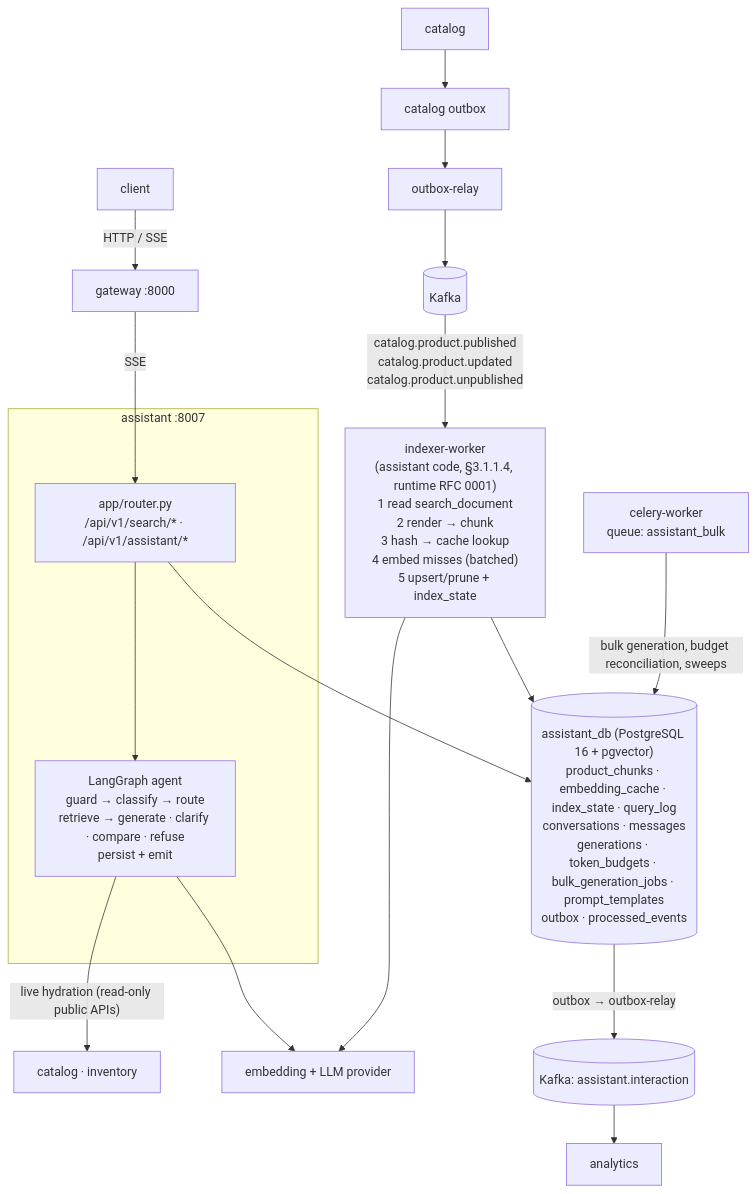
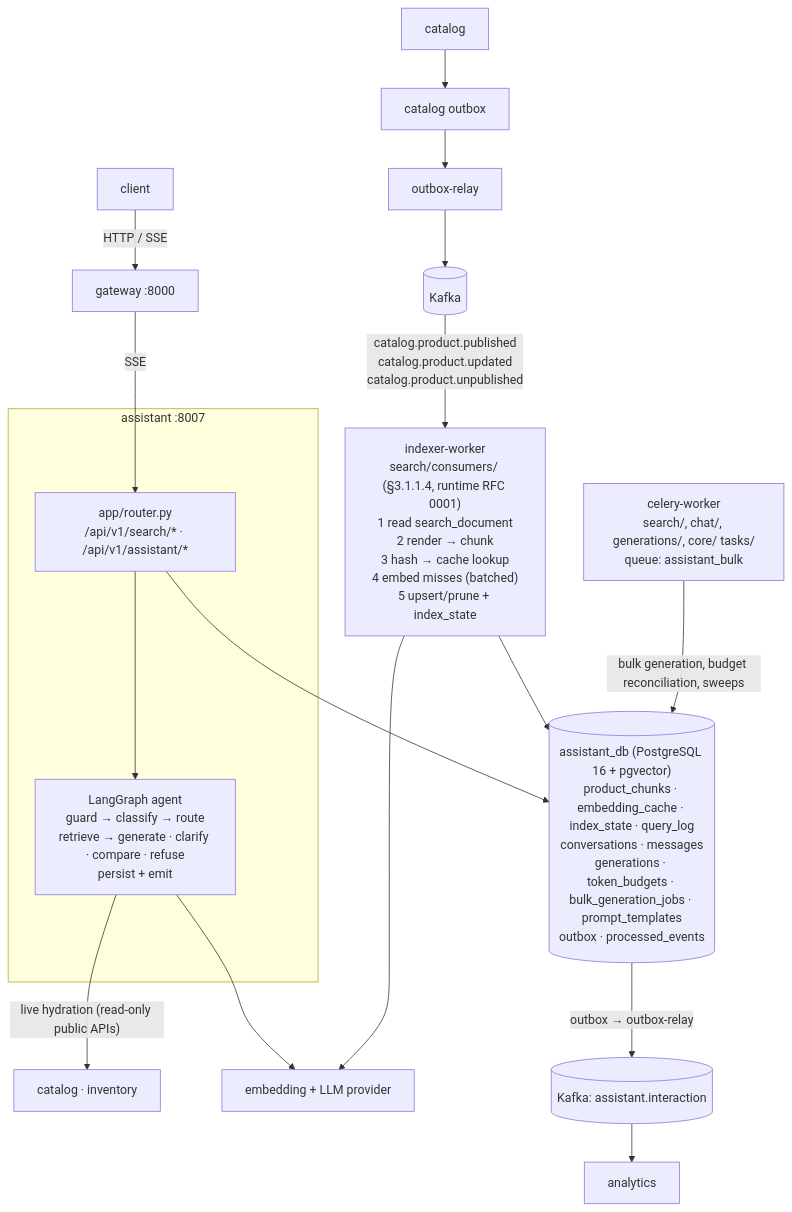
One commit to AdnanBloch/Smart-Retail changed the first of 19 diagrams in docs/rfcs/0009-assistant-service.md. Above: the diagram before and after it, drawn with Mermaid. The commit also changed other lines of this file and 700 other files, not shown here.

````diff
--- a/docs/rfcs/0009-assistant-service.md
+++ b/docs/rfcs/0009-assistant-service.md
@@ -150,20 +174,20 @@
 ```mermaid
 flowchart TB
     subgraph svc["assistant :8007"]
         api["app/router.py<br/>/api/v1/search/* · /api/v1/assistant/*"]
         agent["LangGraph agent<br/>guard → classify → route<br/>retrieve → generate · clarify · compare · refuse<br/>persist + emit"]
         api --> agent
     end
     client["client"] -->|"HTTP / SSE"| gateway["gateway :8000"]
     gateway -->|"SSE"| api
     catalog["catalog"] --> catOutbox["catalog outbox"] --> relay["outbox-relay"] --> kafka[("Kafka")]
-    kafka -->|"catalog.product.published<br/>catalog.product.updated<br/>catalog.product.unpublished"| indexer["indexer-worker<br/>(assistant code, §3.1.1.4, runtime RFC 0001)<br/>1 read search_document<br/>2 render → chunk<br/>3 hash → cache lookup<br/>4 embed misses (batched)<br/>5 upsert/prune + index_state"]
+    kafka -->|"catalog.product.published<br/>catalog.product.updated<br/>catalog.product.unpublished"| indexer["indexer-worker<br/>search/consumers/ (§3.1.1.4, runtime RFC 0001)<br/>1 read search_document<br/>2 render → chunk<br/>3 hash → cache lookup<br/>4 embed misses (batched)<br/>5 upsert/prune + index_state"]
     indexer --> db[("assistant_db (PostgreSQL 16 + pgvector)<br/>product_chunks · embedding_cache · index_state · query_log<br/>conversations · messages<br/>generations · token_budgets · bulk_generation_jobs · prompt_templates<br/>outbox · processed_events")]
     api --> db
     agent -->|"live hydration (read-only public APIs)"| live["catalog · inventory"]
     agent --> provider["embedding + LLM provider"]
     indexer --> provider
     db -->|"outbox → outbox-relay"| kafkaOut[("Kafka: assistant.interaction")]
     kafkaOut --> analytics["analytics"]
-    celery["celery-worker<br/>queue: assistant_bulk"] -->|"bulk generation, budget reconciliation, sweeps"| db
+    celery["celery-worker<br/>search/, chat/, generations/, core/ tasks/<br/>queue: assistant_bulk"] -->|"bulk generation, budget reconciliation, sweeps"| db
 ```
````
